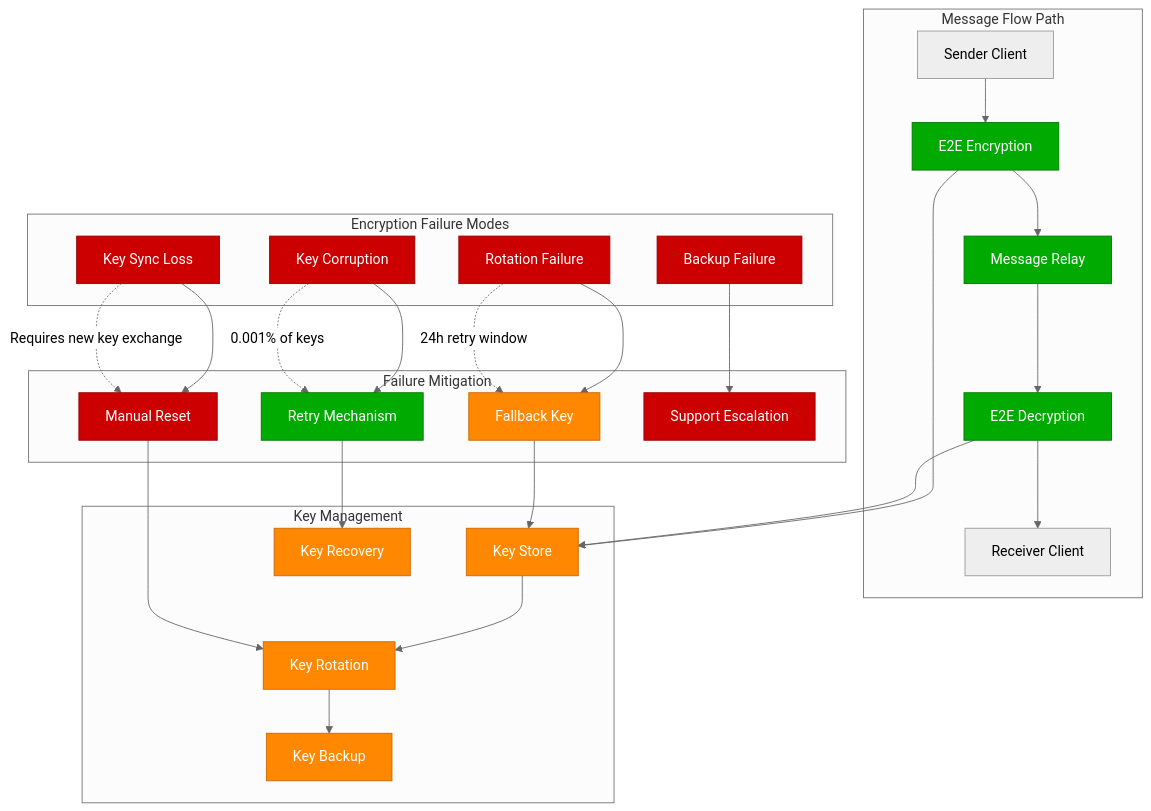
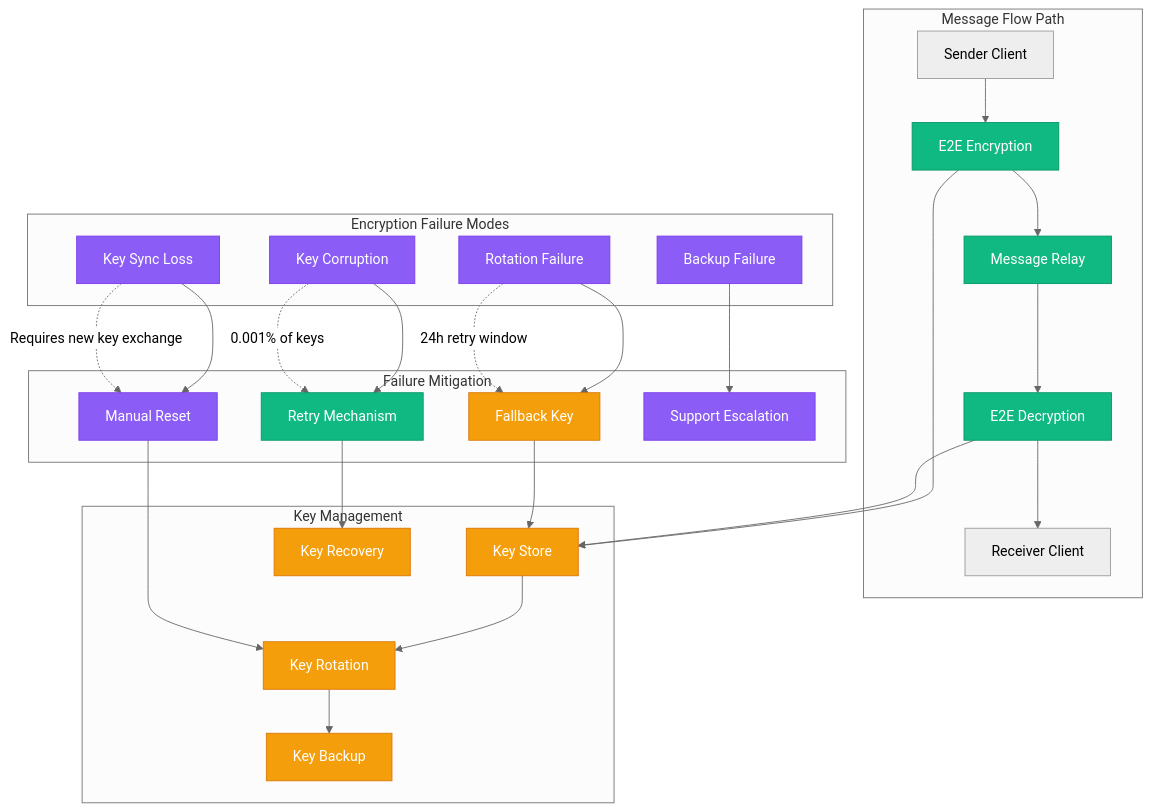
Before and after one commit to deepaucksharma/DS: the fifth of 9 diagrams in site/docs/systems/meta/failure-domains.md, drawn with Mermaid (neutral theme). The commit also changed other lines of this file and 303 other files, not shown here.

````diff
--- a/site/docs/systems/meta/failure-domains.md
+++ b/site/docs/systems/meta/failure-domains.md
@@ -233,67 +233,67 @@
 ```mermaid
 graph TB
     subgraph MessageFlow[Message Flow Path]
         SENDER[Sender Client]
         ENCRYPT[E2E Encryption]
         RELAY[Message Relay]
         DECRYPT[E2E Decryption]
         RECEIVER[Receiver Client]
     end
 
     subgraph KeyManagement[Key Management]
         KEY_STORE[Key Store]
         KEY_ROTATION[Key Rotation]
         KEY_BACKUP[Key Backup]
         KEY_RECOVERY[Key Recovery]
     end
 
     subgraph FailureModes[Encryption Failure Modes]
         KEY_CORRUPTION[Key Corruption]
         ROTATION_FAIL[Rotation Failure]
         SYNC_LOSS[Key Sync Loss]
         BACKUP_FAIL[Backup Failure]
     end
 
     subgraph Mitigation[Failure Mitigation]
         RETRY_MECHANISM[Retry Mechanism]
         FALLBACK_KEY[Fallback Key]
         MANUAL_RESET[Manual Reset]
         SUPPORT_ESCALATION[Support Escalation]
     end
 
     %% Normal flow
     SENDER --> ENCRYPT
     ENCRYPT --> RELAY
     RELAY --> DECRYPT
     DECRYPT --> RECEIVER
 
     %% Key management
     ENCRYPT --> KEY_STORE
     DECRYPT --> KEY_STORE
     KEY_STORE --> KEY_ROTATION
     KEY_ROTATION --> KEY_BACKUP
 
     %% Failure scenarios
     KEY_CORRUPTION --> RETRY_MECHANISM
     ROTATION_FAIL --> FALLBACK_KEY
     SYNC_LOSS --> MANUAL_RESET
     BACKUP_FAIL --> SUPPORT_ESCALATION
 
     %% Recovery paths
     RETRY_MECHANISM --> KEY_RECOVERY
     FALLBACK_KEY --> KEY_STORE
     MANUAL_RESET --> KEY_ROTATION
 
     %% Annotations
     KEY_CORRUPTION -.->|"0.001% of keys"| RETRY_MECHANISM
     ROTATION_FAIL -.->|"24h retry window"| FALLBACK_KEY
     SYNC_LOSS -.->|"Requires new key exchange"| MANUAL_RESET
 
-    classDef serviceStyle fill:#00AA00,stroke:#007700,color:#fff
-    classDef stateStyle fill:#FF8800,stroke:#CC6600,color:#fff
-    classDef failureStyle fill:#CC0000,stroke:#990000,color:#fff
+    classDef serviceStyle fill:#10B981,stroke:#059669,color:#fff
+    classDef stateStyle fill:#F59E0B,stroke:#D97706,color:#fff
+    classDef failureStyle fill:#8B5CF6,stroke:#7C3AED,color:#fff
 
     class ENCRYPT,DECRYPT,RELAY,RETRY_MECHANISM serviceStyle
     class KEY_STORE,KEY_ROTATION,KEY_BACKUP,KEY_RECOVERY,FALLBACK_KEY stateStyle
     class KEY_CORRUPTION,ROTATION_FAIL,SYNC_LOSS,BACKUP_FAIL,MANUAL_RESET,SUPPORT_ESCALATION failureStyle
 ```
````
